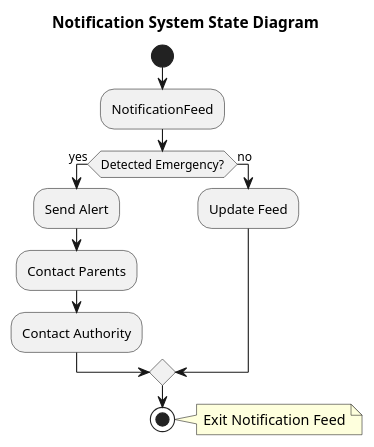
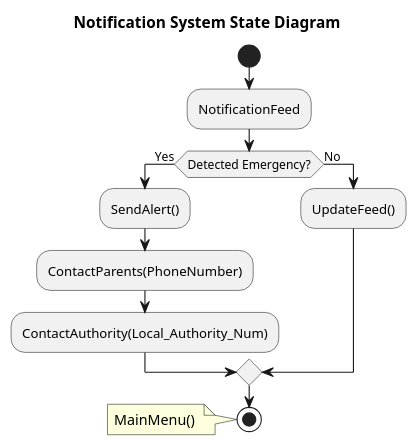
One commit to ECCE336-100053463/ECCE-336-Project changed the diagram in State Diagrams/NotificationSystem.plantuml. Above: the diagram before and after it, drawn with PlantUML. The commit also changed 3 other files, not shown here.

Commit message:
Edited State Diagrams

```diff
--- a/State Diagrams/NotificationSystem.plantuml
+++ b/State Diagrams/NotificationSystem.plantuml
@@ -1,21 +1,19 @@
 @startuml
 
 title Notification System State Diagram
 
 start
 
 :NotificationFeed;
-if(Detected Emergency?) then (yes)
-    :Send Alert;
-    :Contact Parents;
-    :Contact Authority;
-else (no)
-    :Update Feed;
+if(Detected Emergency?) then (Yes)
+    :SendAlert();
+    :ContactParents(PhoneNumber);
+    :ContactAuthority(Local_Authority_Num);
+else (No)
+    :UpdateFeed();
 endif
-stop
-note right
-Exit Notification Feed
+stop    
+note left 
+MainMenu() 
 end note
-
-    
 @enduml
```
